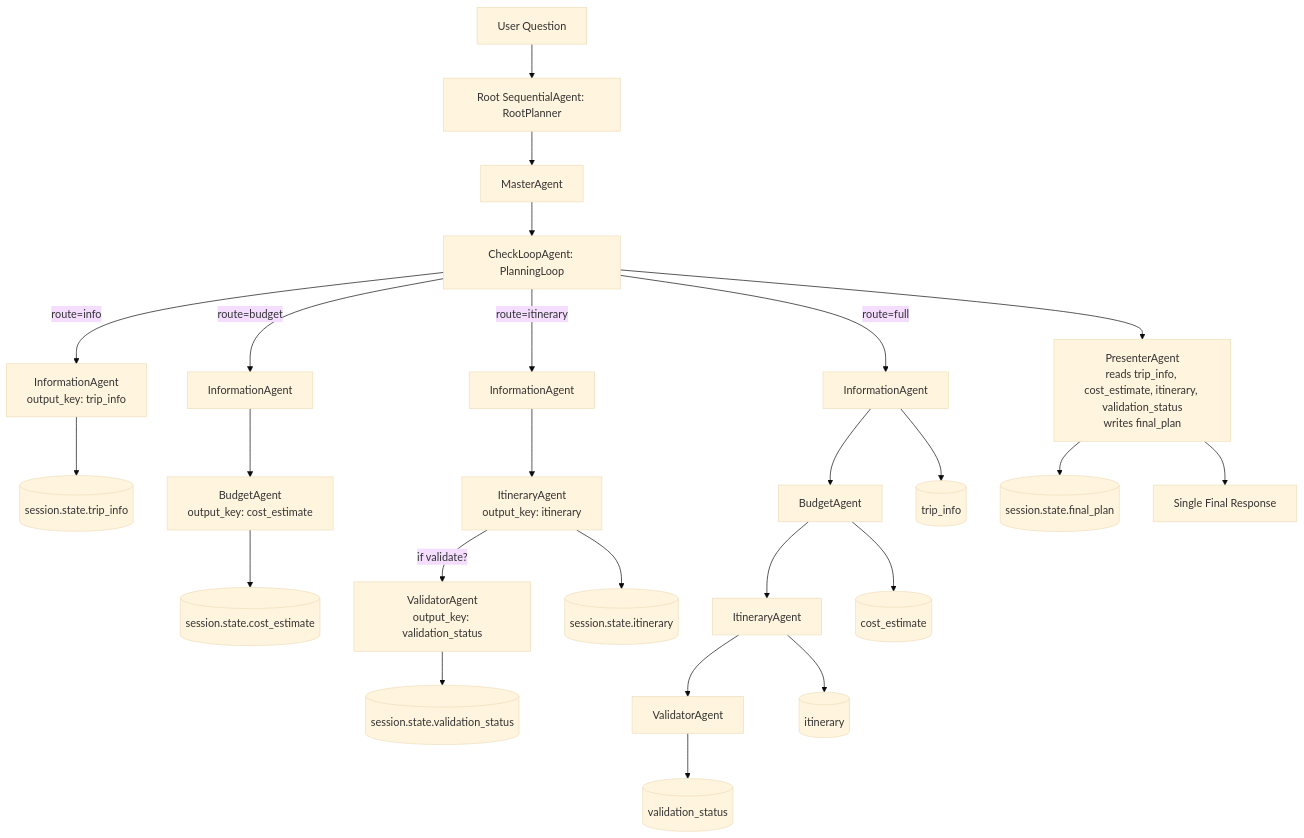
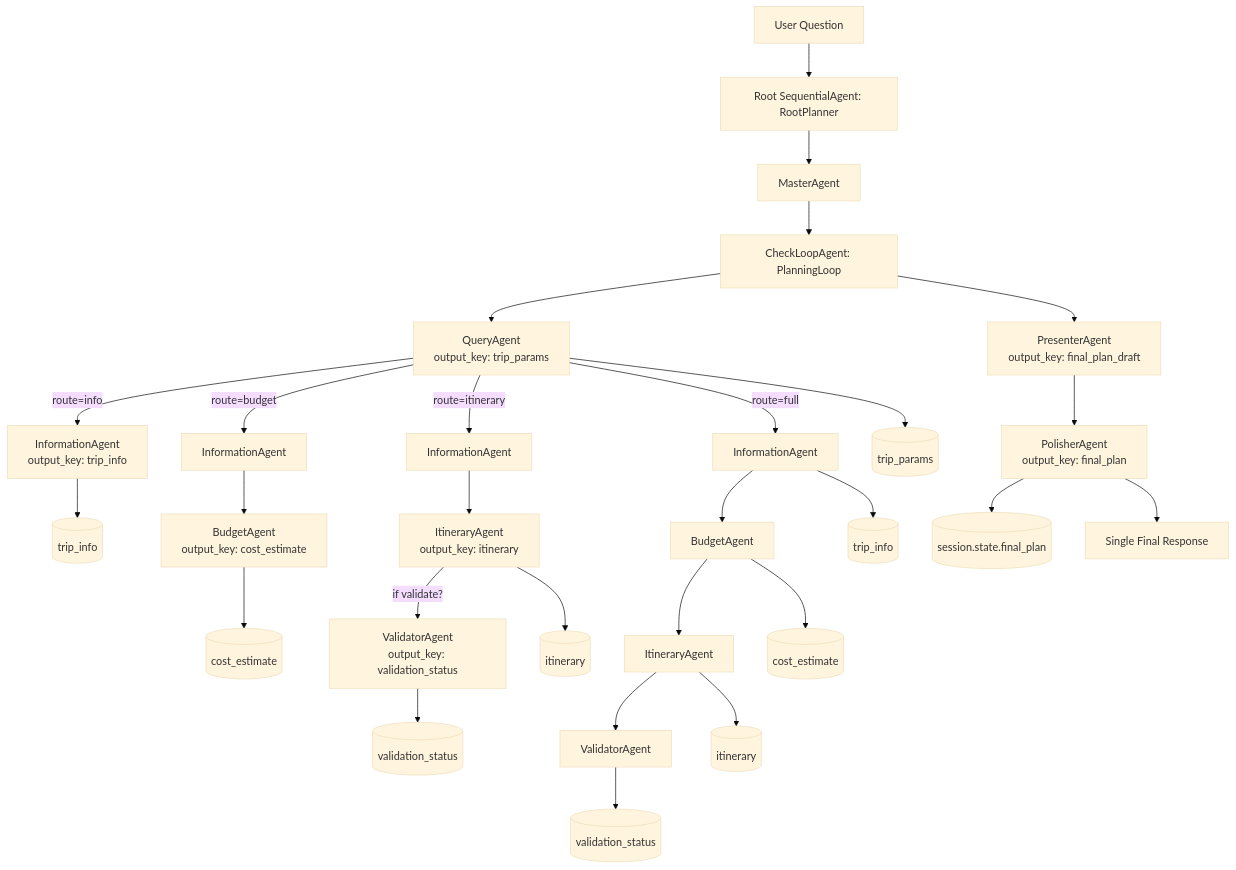
Before and after one commit to hithesh-mr/agentic-ai-coder: the diagram in my_agent/architecture.md, drawn with Mermaid (base theme). The commit also changed other lines of this file and 2 other files, not shown here.

Commit message:
Google ADK Experiment 1.0

````diff
--- a/my_agent/architecture.md
+++ b/my_agent/architecture.md
@@ -3,28 +3,33 @@
 ```mermaid
 flowchart TD
     U[User Question] --> RP[Root SequentialAgent: RootPlanner]
     RP --> MA[MasterAgent]
     MA --> PL[CheckLoopAgent: PlanningLoop]
 
+    %% Always extract parameters first
+    PL --> QP[QueryAgent\noutput_key: trip_params]
+
     %% Routing paths (non-sequential)
-    PL -->|route=info| IA[InformationAgent\noutput_key: trip_info]
-    PL -->|route=budget| IA2[InformationAgent] --> BA[BudgetAgent\noutput_key: cost_estimate]
-    PL -->|route=itinerary| IA3[InformationAgent] --> IT[ItineraryAgent\noutput_key: itinerary]
+    QP -->|route=info| IA[InformationAgent\noutput_key: trip_info]
+    QP -->|route=budget| IA2[InformationAgent] --> BA[BudgetAgent\noutput_key: cost_estimate]
+    QP -->|route=itinerary| IA3[InformationAgent] --> IT[ItineraryAgent\noutput_key: itinerary]
     IT -->|if validate?| VA[ValidatorAgent\noutput_key: validation_status]
-    PL -->|route=full| IA4[InformationAgent] --> BA2[BudgetAgent] --> IT2[ItineraryAgent] --> VA2[ValidatorAgent]
+    QP -->|route=full| IA4[InformationAgent] --> BA2[BudgetAgent] --> IT2[ItineraryAgent] --> VA2[ValidatorAgent]
 
     %% Session state writes
-    IA --> S1[(session.state.trip_info)]
-    BA --> S2[(session.state.cost_estimate)]
-    IT --> S3[(session.state.itinerary)]
-    VA --> S4[(session.state.validation_status)]
+    QP --> SP[(trip_params)]
+    IA --> S1[(trip_info)]
+    BA --> S2[(cost_estimate)]
+    IT --> S3[(itinerary)]
+    VA --> S4[(validation_status)]
     IA4 --> S1a[(trip_info)]
     BA2 --> S2a[(cost_estimate)]
     IT2 --> S3a[(itinerary)]
     VA2 --> S4a[(validation_status)]
 
-    %% Final presenter (single output)
-    PL --> PR[PresenterAgent\nreads trip_info, cost_estimate, itinerary, validation_status\nwrites final_plan]
-    PR --> FP[(session.state.final_plan)]
-    PR --> OUT[Single Final Response]
+    %% Finalization (single visible output)
+    PL --> PR[PresenterAgent\noutput_key: final_plan_draft]
+    PR --> POL[PolisherAgent\noutput_key: final_plan]
+    POL --> FP[(session.state.final_plan)]
+    POL --> OUT[Single Final Response]
 ```
````
